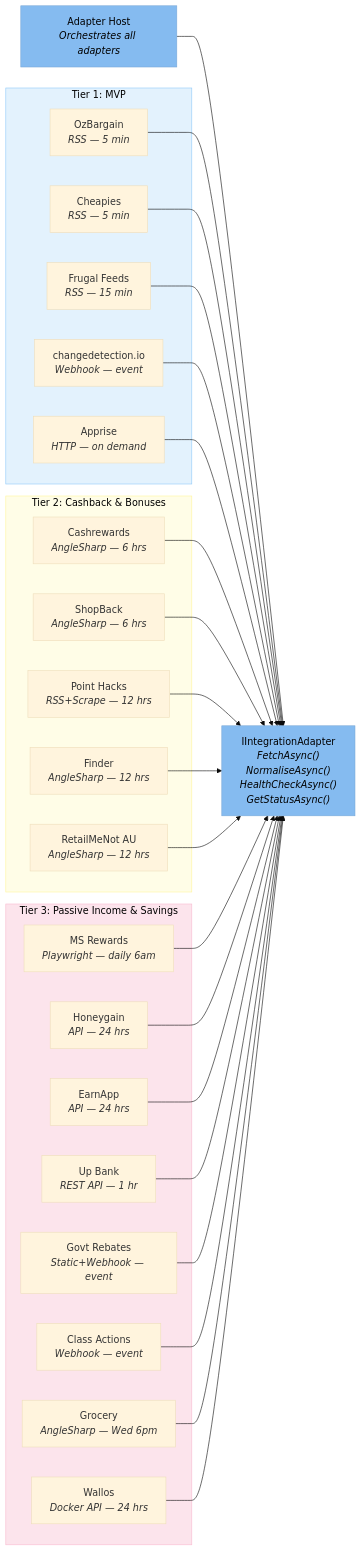
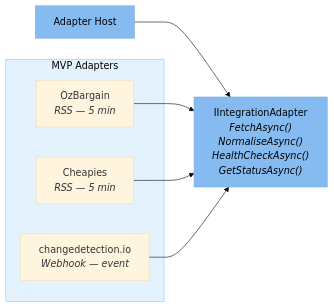
Before and after one commit to abhishekmandhare/Dealme: the fourth of 7 diagrams in docs/ARCHITECTURE.md, drawn with Mermaid (base theme). The commit also changed other lines of this file and 3 other files, not shown here.

````diff
--- a/docs/ARCHITECTURE.md
+++ b/docs/ARCHITECTURE.md
@@ -219,61 +148,21 @@
 ```mermaid
 graph LR
-    Host["Adapter Host<br/><i>Orchestrates all adapters</i>"]
+    Host["Adapter Host"]
     Interface["IIntegrationAdapter<br/><i>FetchAsync()<br/>NormaliseAsync()<br/>HealthCheckAsync()<br/>GetStatusAsync()</i>"]
 
     Host --> Interface
 
-    subgraph Tier1["Tier 1: MVP"]
+    subgraph MVP["MVP Adapters"]
         OzBargain["OzBargain<br/><i>RSS — 5 min</i>"]
         Cheapies["Cheapies<br/><i>RSS — 5 min</i>"]
-        FrugalFeeds["Frugal Feeds<br/><i>RSS — 15 min</i>"]
         CDIOa["changedetection.io<br/><i>Webhook — event</i>"]
-        Apprisea["Apprise<br/><i>HTTP — on demand</i>"]
-    end
-
-    subgraph Tier2["Tier 2: Cashback & Bonuses"]
-        Cashrewards["Cashrewards<br/><i>AngleSharp — 6 hrs</i>"]
-        ShopBack["ShopBack<br/><i>AngleSharp — 6 hrs</i>"]
-        PointHacks["Point Hacks<br/><i>RSS+Scrape — 12 hrs</i>"]
-        Finder["Finder<br/><i>AngleSharp — 12 hrs</i>"]
-        RetailMeNot["RetailMeNot AU<br/><i>AngleSharp — 12 hrs</i>"]
-    end
-
-    subgraph Tier3["Tier 3: Passive Income & Savings"]
-        MSRewards["MS Rewards<br/><i>Playwright — daily 6am</i>"]
-        Honeygain["Honeygain<br/><i>API — 24 hrs</i>"]
-        EarnApp["EarnApp<br/><i>API — 24 hrs</i>"]
-        UpBank["Up Bank<br/><i>REST API — 1 hr</i>"]
-        GovRebate["Govt Rebates<br/><i>Static+Webhook — event</i>"]
-        ClassAction["Class Actions<br/><i>Webhook — event</i>"]
-        Grocery["Grocery<br/><i>AngleSharp — Wed 6pm</i>"]
-        WallosA["Wallos<br/><i>Docker API — 24 hrs</i>"]
     end
 
     OzBargain --> Interface
     Cheapies --> Interface
-    FrugalFeeds --> Interface
     CDIOa --> Interface
-    Apprisea --> Interface
-
-    Cashrewards --> Interface
-    ShopBack --> Interface
-    PointHacks --> Interface
-    Finder --> Interface
-    RetailMeNot --> Interface
-
-    MSRewards --> Interface
-    Honeygain --> Interface
-    EarnApp --> Interface
-    UpBank --> Interface
-    GovRebate --> Interface
-    ClassAction --> Interface
-    Grocery --> Interface
-    WallosA --> Interface
 
     style Host fill:#85BBF0,stroke:#78A8D8,color:#000
     style Interface fill:#85BBF0,stroke:#78A8D8,color:#000
-    style Tier1 fill:#E3F2FD,stroke:#90CAF9,color:#000
-    style Tier2 fill:#FFFDE7,stroke:#FFF59D,color:#000
-    style Tier3 fill:#FCE4EC,stroke:#F8BBD0,color:#000
+    style MVP fill:#E3F2FD,stroke:#90CAF9,color:#000
 ```
````
